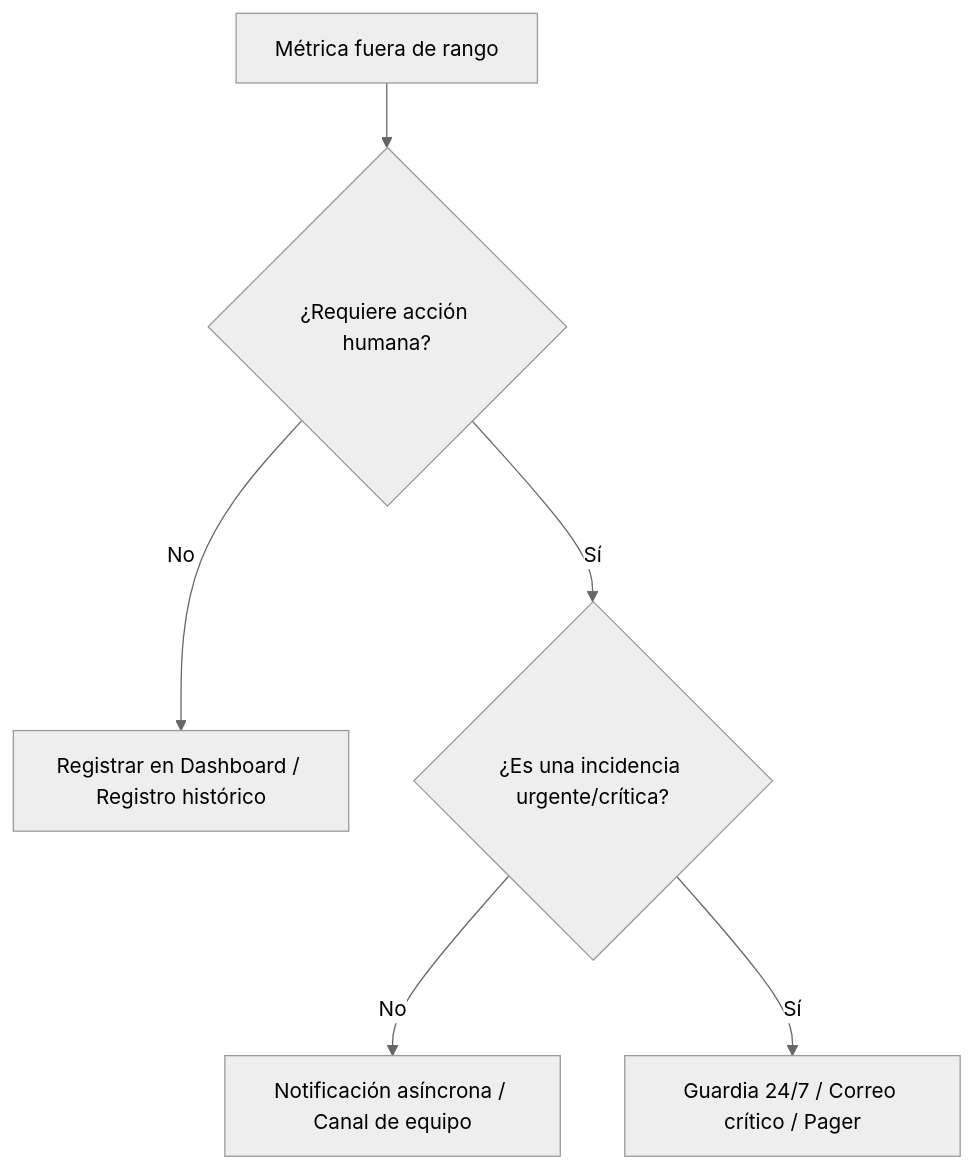
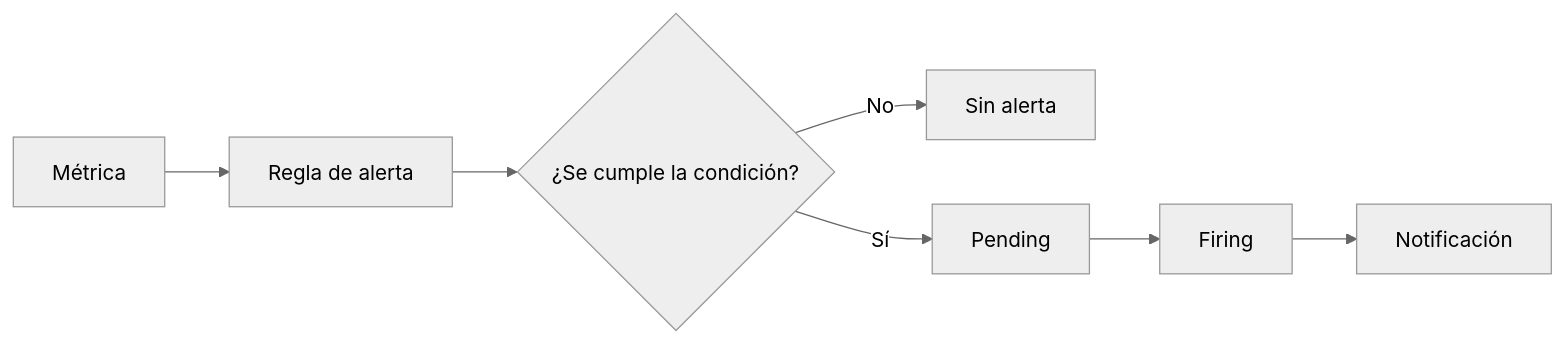
The first of 9 diagrams in docs/sesion3/3.2 Alertas.md (ieftraining/curso-openshift), drawn with Mermaid (neutral theme) before and after one commit. The commit also changed other lines of this file, not shown here.

````diff
--- a/docs/sesion3/3.2 Alertas.md
+++ b/docs/sesion3/3.2 Alertas.md
@@ -23,8 +32,9 @@
 ```mermaid
-flowchart TD
-    A[Métrica fuera de rango] --> B{¿Requiere acción humana?}
-    B -- No --> C[Registrar en Dashboard / Registro histórico]
-    B -- Sí --> D{¿Es una incidencia urgente/crítica?}
-    D -- No --> E[Notificación asíncrona / Canal de equipo]
-    D -- Sí --> F[Guardia 24/7 / Correo crítico / Pager]
+flowchart LR
+    A[Métrica] --> B[Regla de alerta]
+    B --> C{¿Se cumple la condición?}
+    C -->|No| D[Sin alerta]
+    C -->|Sí| E[Pending]
+    E --> F[Firing]
+    F --> G[Notificación]
 ```
````
